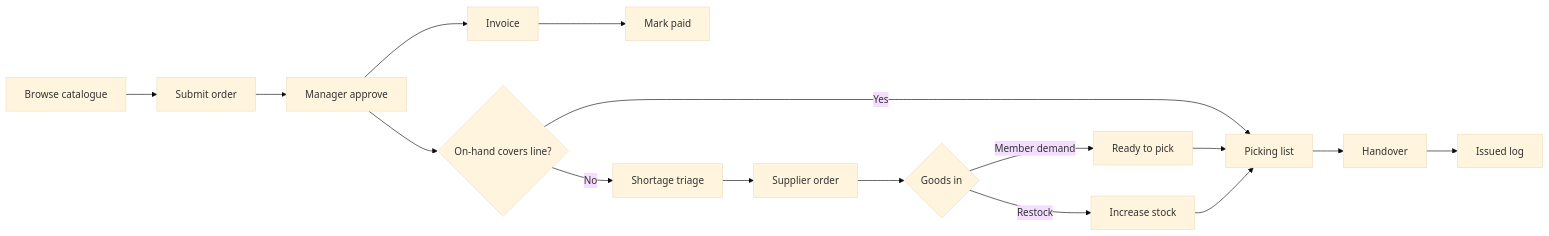
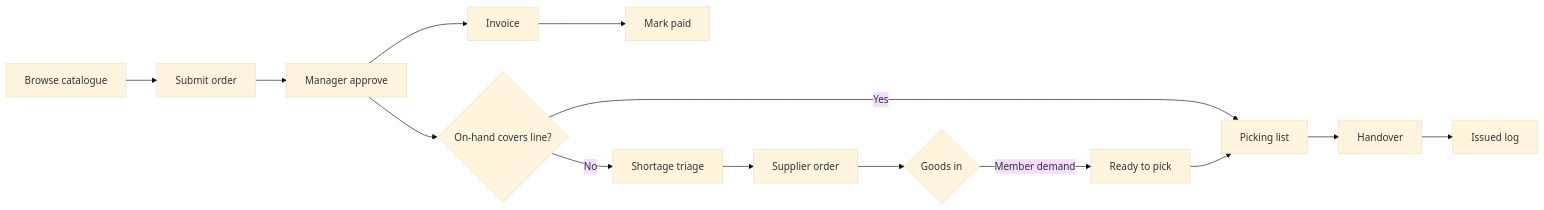
The diagram in docs/stories/merchandise-stash-domain.md (foxcoverts/activity-teams), drawn with Mermaid (base theme) before and after one commit. The commit also changed other lines of this file and 25 other files, not shown here.

````diff
--- a/docs/stories/merchandise-stash-domain.md
+++ b/docs/stories/merchandise-stash-domain.md
@@ -28,18 +28,16 @@
 ```mermaid
 flowchart LR
   Browse[Browse catalogue] --> Submit[Submit order]
   Submit --> Approve[Manager approve]
   Approve --> Invoice[Invoice]
   Invoice --> Paid[Mark paid]
   Approve --> Cover{On-hand covers line?}
   Cover -->|Yes| Pick[Picking list]
   Cover -->|No| Shortage[Shortage triage]
   Shortage --> SupplierOrder[Supplier order]
   SupplierOrder --> GoodsIn{Goods in}
   GoodsIn -->|Member demand| Ready[Ready to pick]
-  GoodsIn -->|Restock| StockUp[Increase stock]
   Ready --> Pick
-  StockUp --> Pick
   Pick --> Hand[Handover]
   Hand --> Issued[Issued log]
 ```
````
